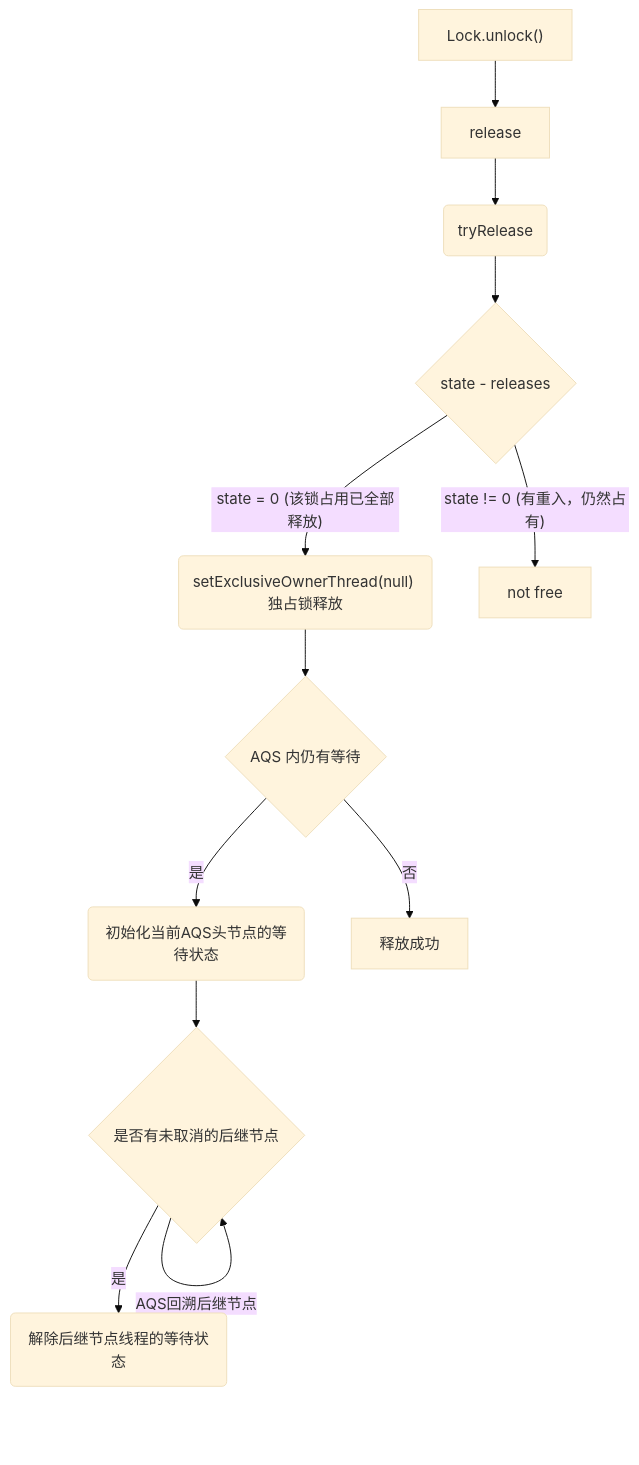
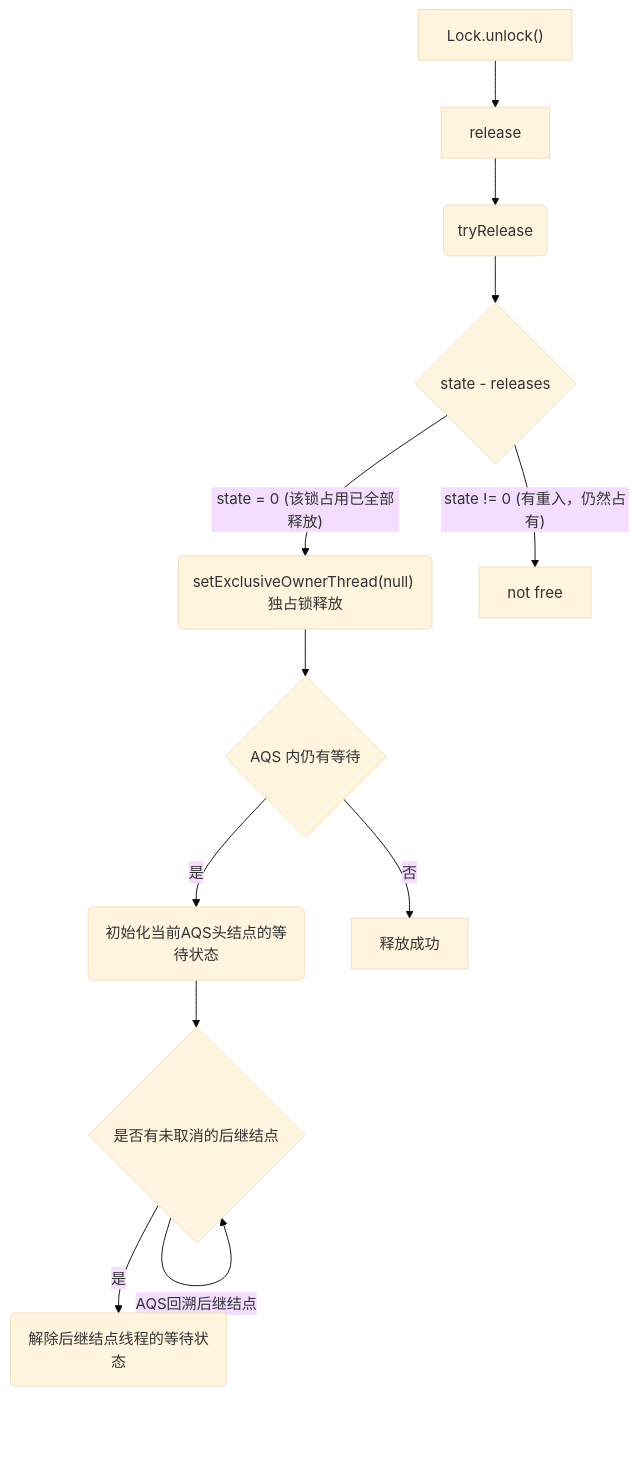
The third of 3 diagrams in _posts/2019-07-23-how-aqs-works-in-lock-and-semaphore.md (71mY4ng/articles), drawn with Mermaid (base theme) before and after one commit. The commit also changed other lines of this file and 6 other files, not shown here.

````diff
--- a/_posts/2019-07-23-how-aqs-works-in-lock-and-semaphore.md
+++ b/_posts/2019-07-23-how-aqs-works-in-lock-and-semaphore.md
@@ -107,14 +178,14 @@
 ```mermaid
 graph TD
 A["Lock.unlock()"] --> B[release]
 B --> C(tryRelease)
 C --> D{"state - releases"}
 D -->|"state = 0 (该锁占用已全部释放)"| E("setExclusiveOwnerThread(null) 独占锁释放")
 D -->|"state != 0 (有重入，仍然占有)"| F["not free"]
 E --> G{"AQS 内仍有等待"}
-G -->|是| H(初始化当前AQS头节点的等待状态)
-H --> I{是否有未取消的后继节点}
-I --> |是|J(解除后继节点线程的等待状态)
-I --> |AQS回溯后继节点|I
+G -->|是| H(初始化当前AQS头结点的等待状态)
+H --> I{是否有未取消的后继结点}
+I --> |是|J(解除后继结点线程的等待状态)
+I --> |AQS回溯后继结点|I
 G -->|否| K[释放成功]
 ```
````
